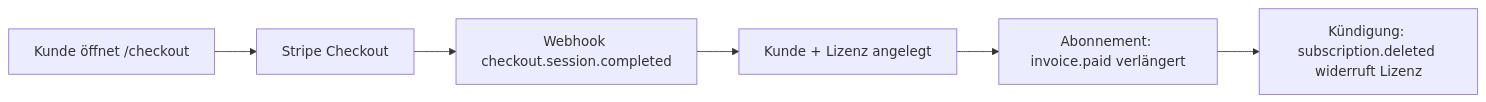
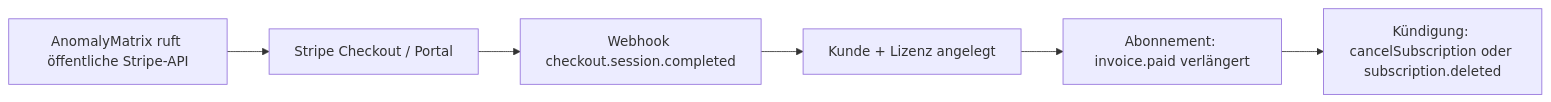
One commit to TheRealByteCommander/software-licensing-concept changed the second of 2 diagrams in docs/ANLEITUNG_LIZENZADMIN.md. Above: the diagram before and after it, drawn with Mermaid. The commit also changed other lines of this file and 13 other files, not shown here.

First line of the commit message:
feat: public in-app Stripe buy/renew/cancel, vendor-only licadmin

````diff
--- a/docs/ANLEITUNG_LIZENZADMIN.md
+++ b/docs/ANLEITUNG_LIZENZADMIN.md
@@ -333,8 +335,8 @@
 ```mermaid
 flowchart LR
-  A[Kunde öffnet /checkout] --> B[Stripe Checkout]
+  A[AnomalyMatrix ruft öffentliche Stripe-API] --> B[Stripe Checkout / Portal]
   B --> C[Webhook checkout.session.completed]
   C --> D[Kunde + Lizenz angelegt]
   D --> E[Abonnement: invoice.paid verlängert]
-  E --> F[Kündigung: subscription.deleted widerruft Lizenz]
+  E --> F[Kündigung: cancelSubscription oder subscription.deleted]
 ```
````
